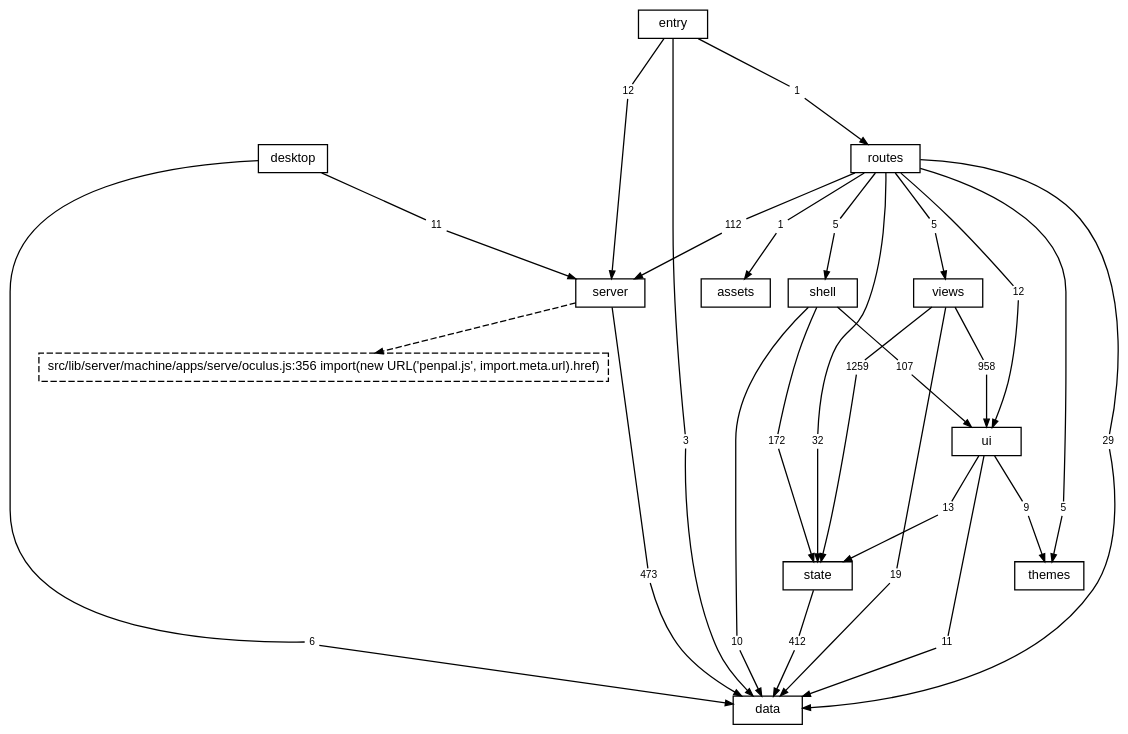
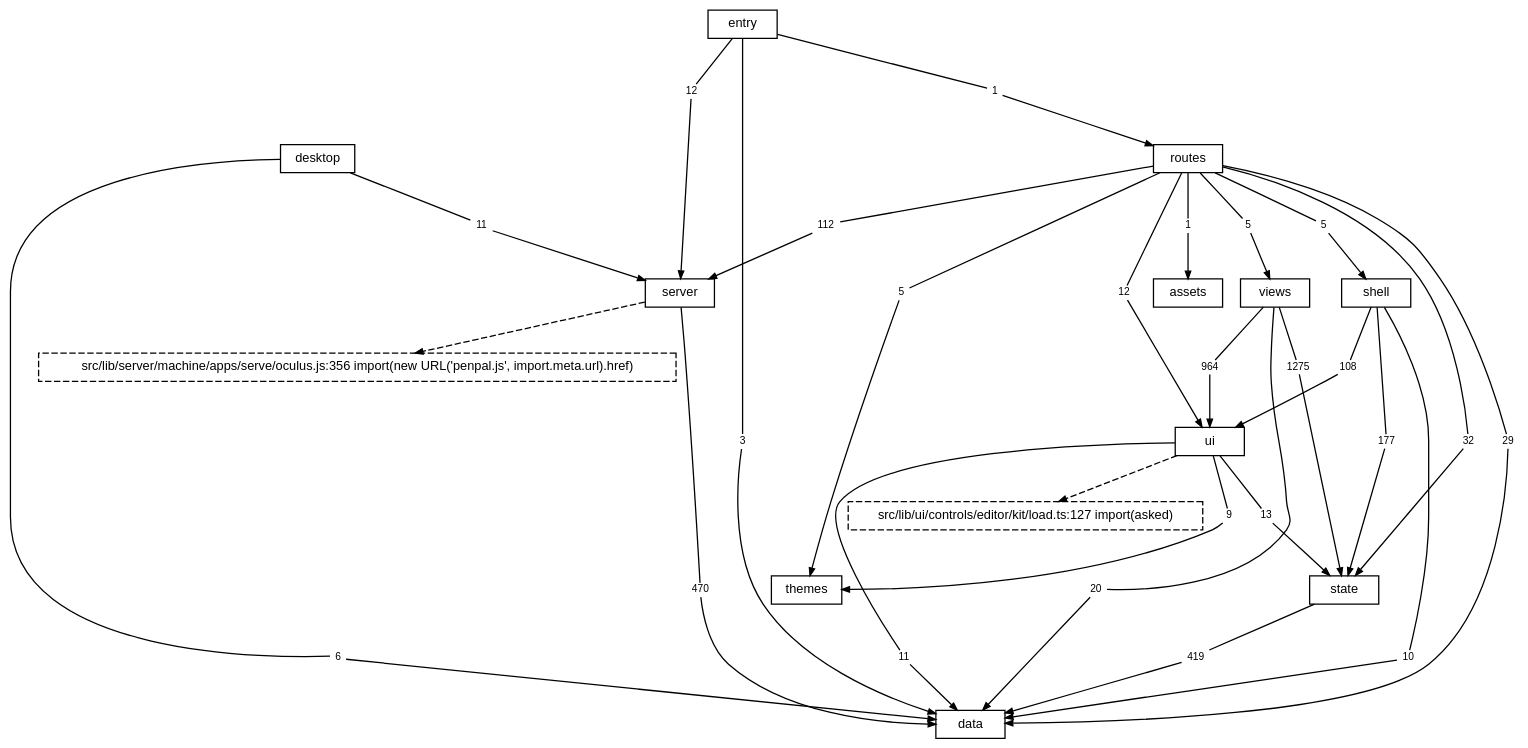
The diagram in docs/diagrams/layers.dot (TheAxeC/oculus), drawn with Graphviz before and after one commit. The commit also changed 642 other files, not shown here.

```diff
--- a/docs/diagrams/layers.dot
+++ b/docs/diagrams/layers.dot
@@ -1,90 +1,92 @@
 digraph layers {
-    graph [bgcolor="transparent", rankdir=TB, newrank=true, fontname="Helvetica,Arial,sans-serif", fontsize=12, nodesep=0.2, ranksep=0.5];
-    node [shape=box, color="black", fontcolor="black", fontname="Helvetica,Arial,sans-serif", fontsize=10, height=0.3, margin="0.12,0.04"];
-    edge [color="black", fontcolor="black", fontname="Helvetica,Arial,sans-serif", fontsize=8, arrowsize=0.6];
+    graph [bgcolor="transparent", rankdir=TB, newrank=true, fontname="Helvetica", fontsize=12, nodesep=0.2, ranksep=0.5];
+    node [shape=box, color="black", fontcolor="black", fontname="Helvetica", fontsize=10, height=0.3, margin="0.12,0.04"];
+    edge [color="black", fontcolor="black", fontname="Helvetica", fontsize=8, arrowsize=0.6];
     "data";
     "server";
     "state";
     "ui";
     "shell";
     "views";
     "themes";
     "routes";
     "desktop";
     "src" [label="entry"];
     "files: assets" [label="assets"];
     "? src/lib/server/machine/apps/serve/oculus.js:356" [label="src/lib/server/machine/apps/serve/oculus.js:356 import(new URL('penpal.js', import.meta.url).href)", style=dashed];
+    "? src/lib/ui/controls/editor/kit/load.ts:127" [label="src/lib/ui/controls/editor/kit/load.ts:127 import(asked)", style=dashed];
     "desktop to data" [label="6", shape=box, color="transparent", fontsize=8, width=0, height=0, margin="0.04,0.02"];
     "desktop" -> "desktop to data" [arrowhead=none];
     "desktop to data" -> "data" [];
     "desktop to server" [label="11", shape=box, color="transparent", fontsize=8, width=0, height=0, margin="0.04,0.02"];
     "desktop" -> "desktop to server" [arrowhead=none];
     "desktop to server" -> "server" [];
     "routes to data" [label="29", shape=box, color="transparent", fontsize=8, width=0, height=0, margin="0.04,0.02"];
     "routes" -> "routes to data" [arrowhead=none];
     "routes to data" -> "data" [];
     "routes to files: assets" [label="1", shape=box, color="transparent", fontsize=8, width=0, height=0, margin="0.04,0.02"];
     "routes" -> "routes to files: assets" [arrowhead=none];
     "routes to files: assets" -> "files: assets" [];
     "routes to server" [label="112", shape=box, color="transparent", fontsize=8, width=0, height=0, margin="0.04,0.02"];
     "routes" -> "routes to server" [arrowhead=none];
     "routes to server" -> "server" [];
     "routes to shell" [label="5", shape=box, color="transparent", fontsize=8, width=0, height=0, margin="0.04,0.02"];
     "routes" -> "routes to shell" [arrowhead=none];
     "routes to shell" -> "shell" [];
     "routes to state" [label="32", shape=box, color="transparent", fontsize=8, width=0, height=0, margin="0.04,0.02"];
     "routes" -> "routes to state" [arrowhead=none];
     "routes to state" -> "state" [];
     "routes to themes" [label="5", shape=box, color="transparent", fontsize=8, width=0, height=0, margin="0.04,0.02"];
     "routes" -> "routes to themes" [arrowhead=none];
     "routes to themes" -> "themes" [];
     "routes to ui" [label="12", shape=box, color="transparent", fontsize=8, width=0, height=0, margin="0.04,0.02"];
     "routes" -> "routes to ui" [arrowhead=none];
     "routes to ui" -> "ui" [];
     "routes to views" [label="5", shape=box, color="transparent", fontsize=8, width=0, height=0, margin="0.04,0.02"];
     "routes" -> "routes to views" [arrowhead=none];
     "routes to views" -> "views" [];
-    "server to data" [label="473", shape=box, color="transparent", fontsize=8, width=0, height=0, margin="0.04,0.02"];
+    "server to data" [label="470", shape=box, color="transparent", fontsize=8, width=0, height=0, margin="0.04,0.02"];
     "server" -> "server to data" [arrowhead=none];
     "server to data" -> "data" [];
     "shell to data" [label="10", shape=box, color="transparent", fontsize=8, width=0, height=0, margin="0.04,0.02"];
     "shell" -> "shell to data" [arrowhead=none];
     "shell to data" -> "data" [];
-    "shell to state" [label="172", shape=box, color="transparent", fontsize=8, width=0, height=0, margin="0.04,0.02"];
+    "shell to state" [label="177", shape=box, color="transparent", fontsize=8, width=0, height=0, margin="0.04,0.02"];
     "shell" -> "shell to state" [arrowhead=none];
     "shell to state" -> "state" [];
-    "shell to ui" [label="107", shape=box, color="transparent", fontsize=8, width=0, height=0, margin="0.04,0.02"];
+    "shell to ui" [label="108", shape=box, color="transparent", fontsize=8, width=0, height=0, margin="0.04,0.02"];
     "shell" -> "shell to ui" [arrowhead=none];
     "shell to ui" -> "ui" [];
     "src to data" [label="3", shape=box, color="transparent", fontsize=8, width=0, height=0, margin="0.04,0.02"];
     "src" -> "src to data" [arrowhead=none];
     "src to data" -> "data" [];
     "src to routes" [label="1", shape=box, color="transparent", fontsize=8, width=0, height=0, margin="0.04,0.02"];
     "src" -> "src to routes" [arrowhead=none];
     "src to routes" -> "routes" [];
     "src to server" [label="12", shape=box, color="transparent", fontsize=8, width=0, height=0, margin="0.04,0.02"];
     "src" -> "src to server" [arrowhead=none];
     "src to server" -> "server" [];
-    "state to data" [label="412", shape=box, color="transparent", fontsize=8, width=0, height=0, margin="0.04,0.02"];
+    "state to data" [label="419", shape=box, color="transparent", fontsize=8, width=0, height=0, margin="0.04,0.02"];
     "state" -> "state to data" [arrowhead=none];
     "state to data" -> "data" [];
     "ui to data" [label="11", shape=box, color="transparent", fontsize=8, width=0, height=0, margin="0.04,0.02"];
     "ui" -> "ui to data" [arrowhead=none];
     "ui to data" -> "data" [];
     "ui to state" [label="13", shape=box, color="transparent", fontsize=8, width=0, height=0, margin="0.04,0.02"];
     "ui" -> "ui to state" [arrowhead=none];
     "ui to state" -> "state" [];
     "ui to themes" [label="9", shape=box, color="transparent", fontsize=8, width=0, height=0, margin="0.04,0.02"];
     "ui" -> "ui to themes" [arrowhead=none];
     "ui to themes" -> "themes" [];
-    "views to data" [label="19", shape=box, color="transparent", fontsize=8, width=0, height=0, margin="0.04,0.02"];
+    "views to data" [label="20", shape=box, color="transparent", fontsize=8, width=0, height=0, margin="0.04,0.02"];
     "views" -> "views to data" [arrowhead=none];
     "views to data" -> "data" [];
-    "views to state" [label="1259", shape=box, color="transparent", fontsize=8, width=0, height=0, margin="0.04,0.02"];
+    "views to state" [label="1275", shape=box, color="transparent", fontsize=8, width=0, height=0, margin="0.04,0.02"];
     "views" -> "views to state" [arrowhead=none];
     "views to state" -> "state" [];
-    "views to ui" [label="958", shape=box, color="transparent", fontsize=8, width=0, height=0, margin="0.04,0.02"];
+    "views to ui" [label="964", shape=box, color="transparent", fontsize=8, width=0, height=0, margin="0.04,0.02"];
     "views" -> "views to ui" [arrowhead=none];
     "views to ui" -> "ui" [];
     "server" -> "? src/lib/server/machine/apps/serve/oculus.js:356" [style=dashed];
+    "ui" -> "? src/lib/ui/controls/editor/kit/load.ts:127" [style=dashed];
 }
```
